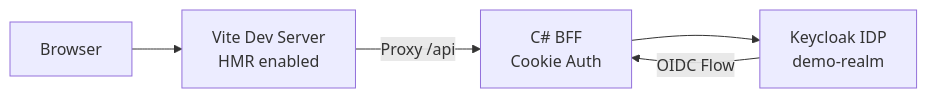
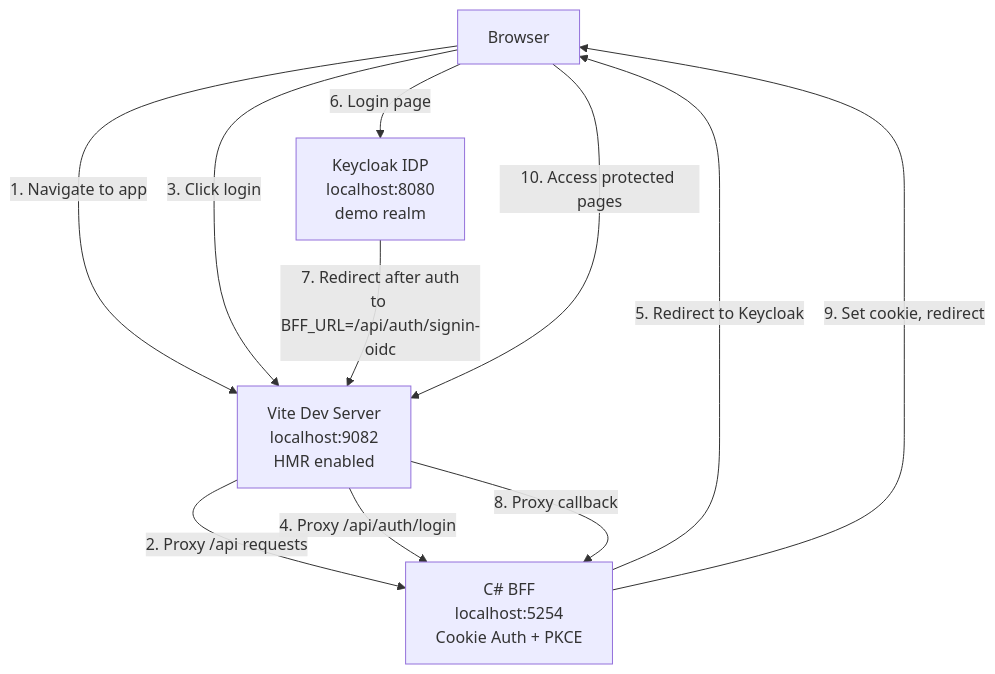
One commit to davidfowl/aspire-13-samples changed the first of 2 diagrams in vite-csharp-keycloak/README.md. Above: the diagram before and after it, drawn with Mermaid. The commit also changed other lines of this file and 2 other files, not shown here.

Commit message:
feat: enhance Keycloak BFF documentation with auto-generated client secrets and dual-mode redirect URLs

````diff
--- a/vite-csharp-keycloak/README.md
+++ b/vite-csharp-keycloak/README.md
@@ -8,7 +8,18 @@
 ```mermaid
-flowchart LR
-    Browser --> Vite[Vite Dev Server<br/>HMR enabled]
-    Vite -->|Proxy /api| BFF[C# BFF<br/>Cookie Auth]
-    BFF --> Keycloak[Keycloak IDP<br/>demo-realm]
-    Keycloak -->|OIDC Flow| BFF
+flowchart TB
+    Browser[Browser]
+    Vite[Vite Dev Server<br/>localhost:9082<br/>HMR enabled]
+    BFF[C# BFF<br/>localhost:5254<br/>Cookie Auth + PKCE]
+    Keycloak[Keycloak IDP<br/>localhost:8080<br/>demo realm]
+
+    Browser -->|1. Navigate to app| Vite
+    Vite -->|2. Proxy /api requests| BFF
+    Browser -->|3. Click login| Vite
+    Vite -->|4. Proxy /api/auth/login| BFF
+    BFF -->|5. Redirect to Keycloak| Browser
+    Browser -->|6. Login page| Keycloak
+    Keycloak -->|7. Redirect after auth<br/>to BFF_URL=/api/auth/signin-oidc| Vite
+    Vite -->|8. Proxy callback| BFF
+    BFF -->|9. Set cookie, redirect| Browser
+    Browser -->|10. Access protected pages| Vite
 ```
````
